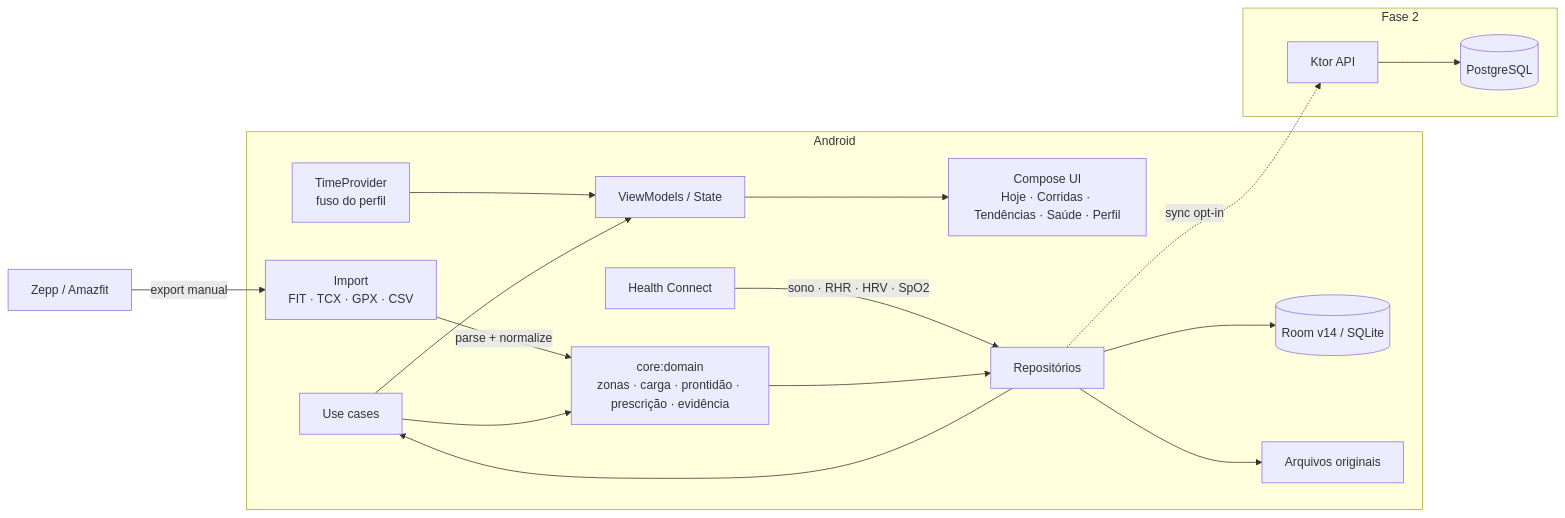
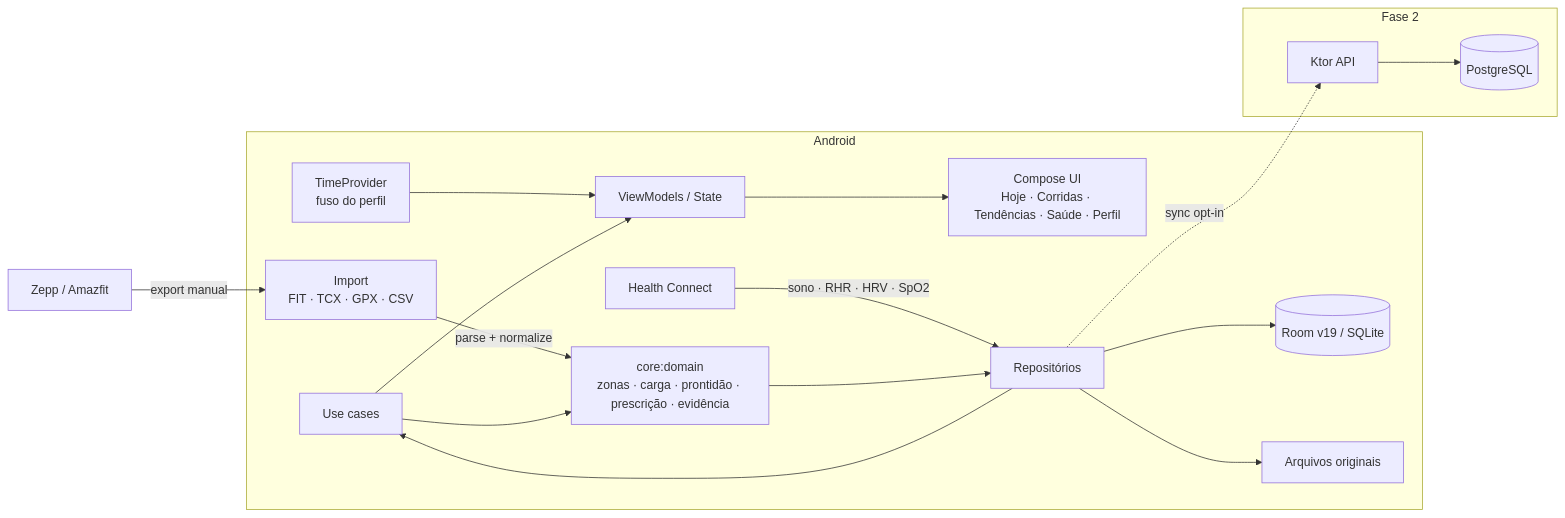
One commit to rafaelclima/meucoach changed the first of 2 diagrams in docs/ARCHITECTURE.md. Above: the diagram before and after it, drawn with Mermaid. The commit also changed other lines of this file and 9 other files, not shown here.

````diff
--- a/docs/ARCHITECTURE.md
+++ b/docs/ARCHITECTURE.md
@@ -16,31 +16,31 @@
 ```mermaid
 flowchart LR
     subgraph Android
         UI[Compose UI\nHoje · Corridas · Tendências · Saúde · Perfil]
         VM[ViewModels / State]
         UC[Use cases]
         DOM[core:domain\nzonas · carga · prontidão · prescrição · evidência]
         TIME[TimeProvider\nfuso do perfil]
         REPO[Repositórios]
-        ROOM[(Room v14 / SQLite)]
+        ROOM[(Room v19 / SQLite)]
         HC[Health Connect]
         IMP[Import\nFIT · TCX · GPX · CSV]
         FS[Arquivos originais]
     end
 
     ZEPP[Zepp / Amazfit] -->|export manual| IMP
     HC -->|sono · RHR · HRV · SpO2| REPO
     IMP -->|parse + normalize| DOM
     DOM --> REPO
     REPO --> ROOM
     REPO --> FS
     TIME --> VM
     REPO --> UC --> VM --> UI
     UC --> DOM
 
     subgraph Fase 2
         API[Ktor API]
         PG[(PostgreSQL)]
         REPO -.->|sync opt-in| API --> PG
     end
 ```
````
